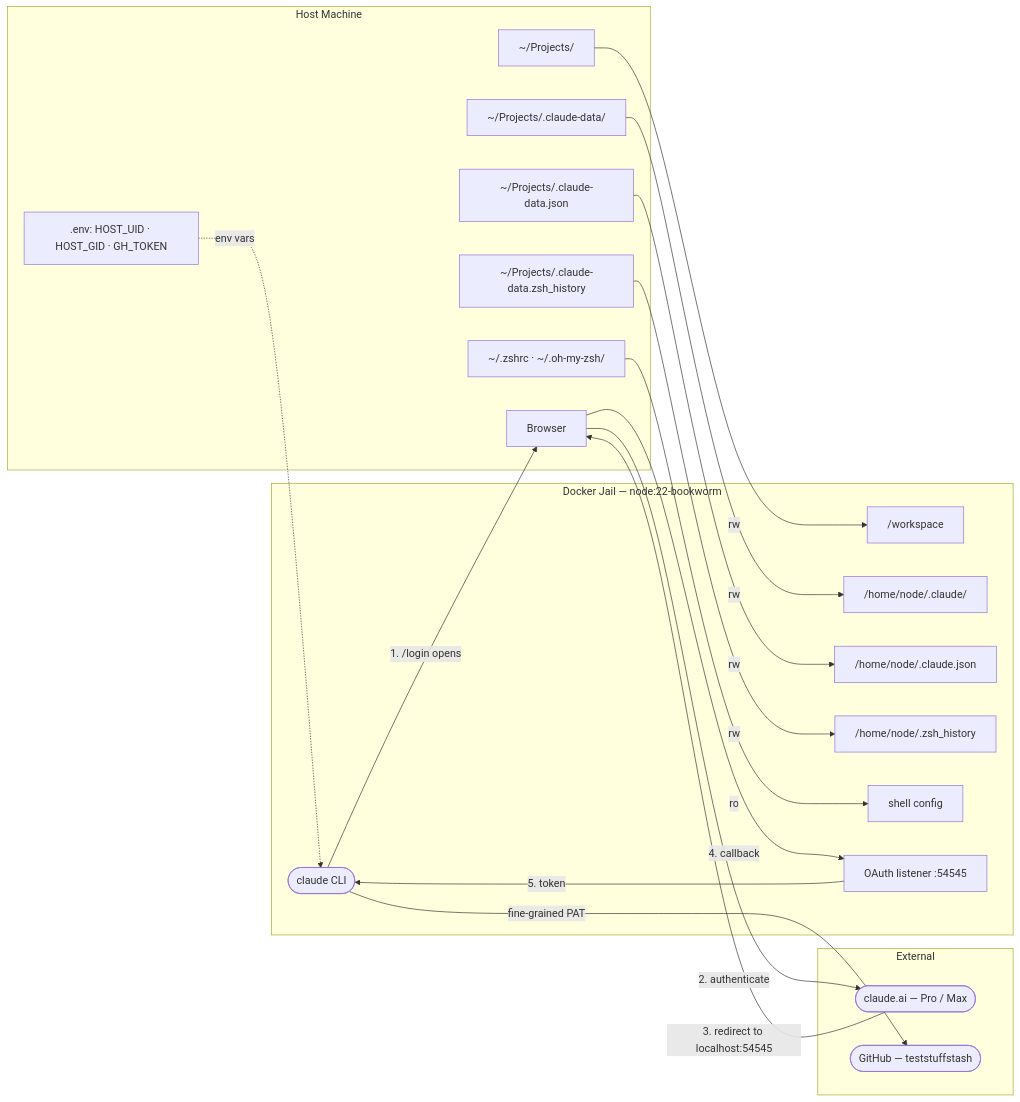
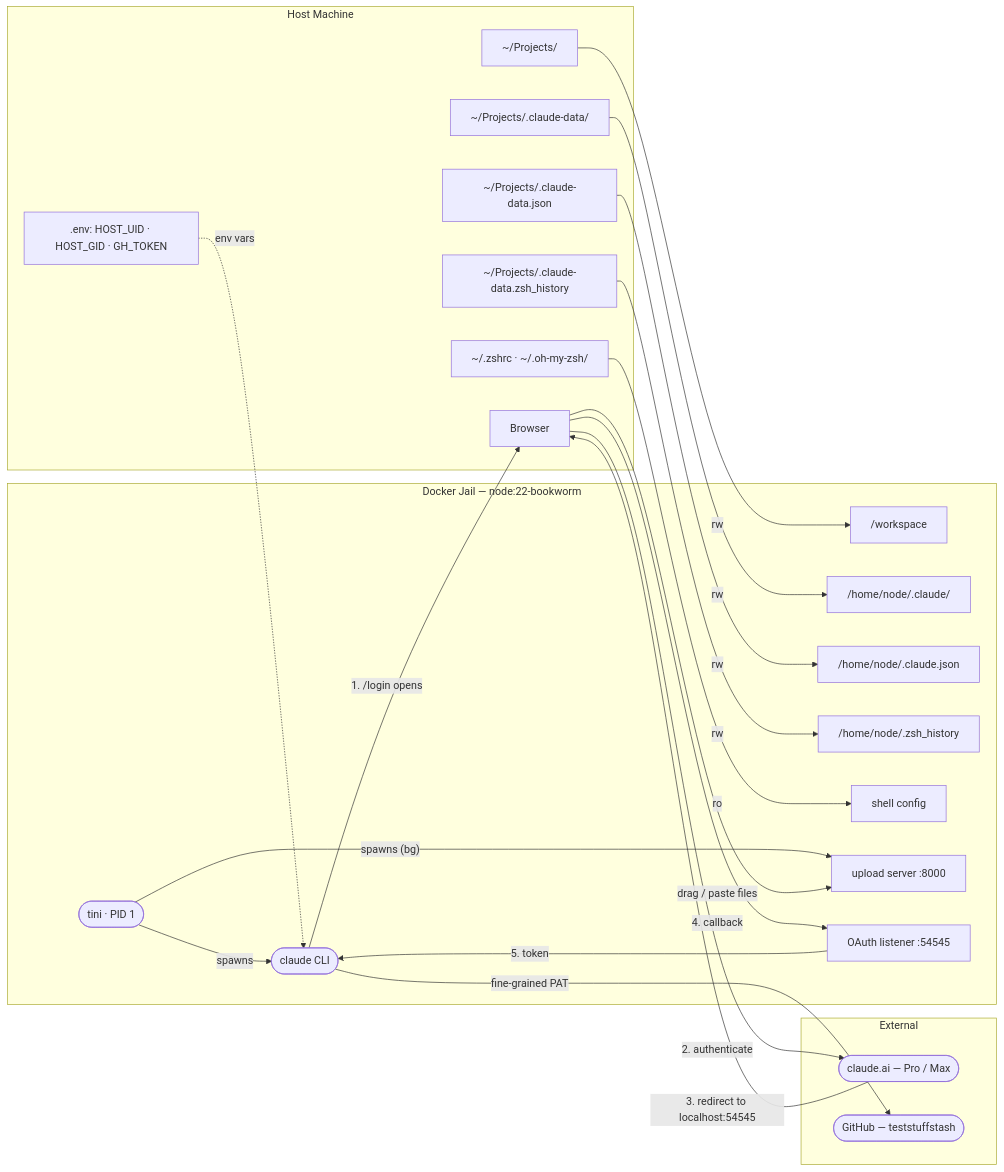
One commit to teststuffstash/claude-jail changed the diagram in README.md. Above: the diagram before and after it, drawn with Mermaid. The commit also changed other lines of this file and 8 other files, not shown here.

First line of the commit message:
Auto-start upload server via tini; per-session ports; jail git identity

````diff
--- a/README.md
+++ b/README.md
@@ -7,40 +7,45 @@
 ```mermaid
 graph LR
     subgraph host["Host Machine"]
         H1["~/Projects/"]
         H2["~/Projects/.claude-data/"]
         H3["~/Projects/.claude-data.json"]
         H4["~/Projects/.claude-data.zsh_history"]
         H5["~/.zshrc · ~/.oh-my-zsh/"]
         H6[".env: HOST_UID · HOST_GID · GH_TOKEN"]
         BROWSER["Browser"]
     end
 
     subgraph jail["Docker Jail — node:22-bookworm"]
         J1["/workspace"]
         J2["/home/node/.claude/"]
         J3["/home/node/.claude.json"]
         J4["/home/node/.zsh_history"]
         J5["shell config"]
+        TINI(["tini · PID 1"])
         CLAUDE(["claude CLI"])
+        UP["upload server :8000"]
         CB["OAuth listener :54545"]
     end
 
     subgraph ext["External"]
         AI(["claude.ai — Pro / Max"])
         GH(["GitHub — teststuffstash"])
     end
 
     H1 -- "rw" --> J1
     H2 -- "rw" --> J2
     H3 -- "rw" --> J3
     H4 -- "rw" --> J4
     H5 -- "ro" --> J5
     H6 -. "env vars" .-> CLAUDE
+    TINI -- "spawns" --> CLAUDE
+    TINI -- "spawns (bg)" --> UP
+    BROWSER -- "drag / paste files" --> UP
     CLAUDE -- "1. /login opens" --> BROWSER
     BROWSER -- "2. authenticate" --> AI
     AI -- "3. redirect to localhost:54545" --> BROWSER
     BROWSER -- "4. callback" --> CB
     CB -- "5. token" --> CLAUDE
     CLAUDE -- "fine-grained PAT" --> GH
 ```
````
